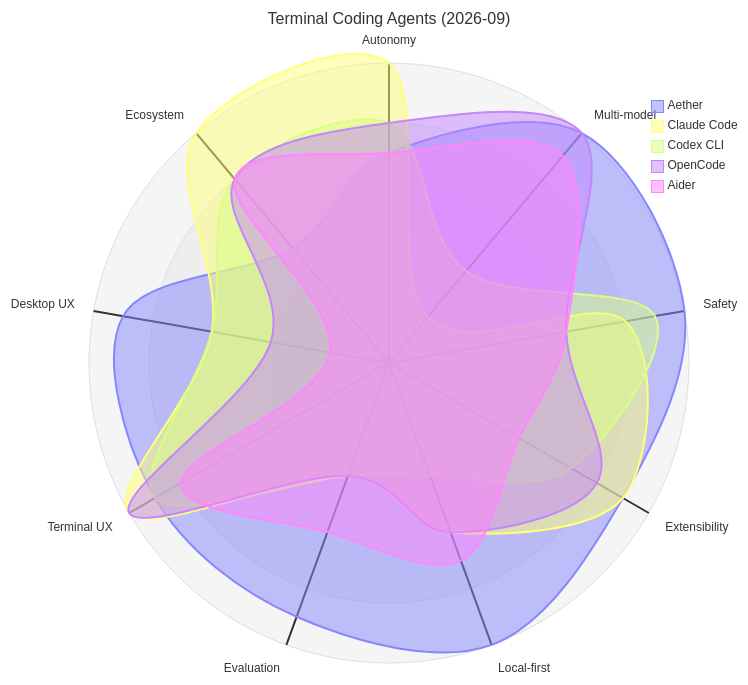
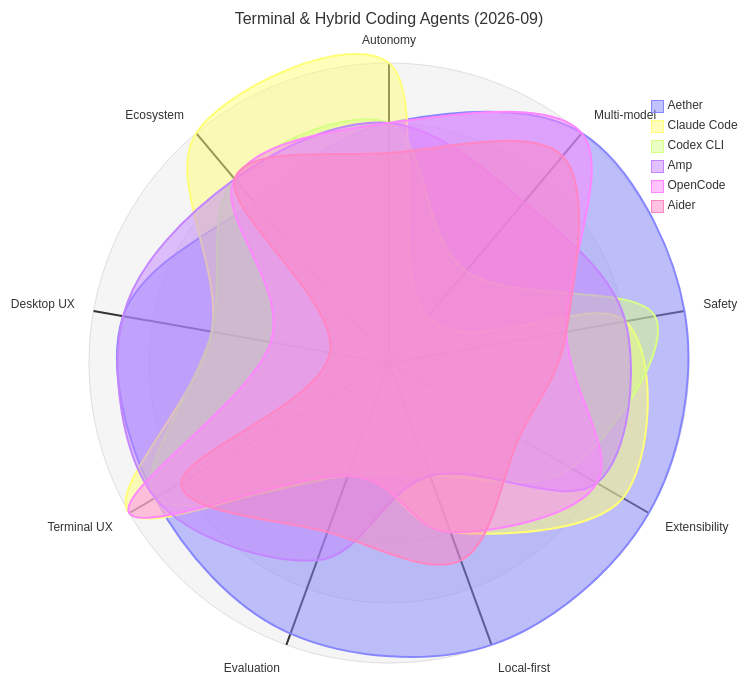
Before and after one commit to TQSY114514/Aether: the first of 3 diagrams in docs/competitive-analysis.md, drawn with Mermaid. The commit also changed other lines of this file and 30 other files, not shown here.

````diff
--- a/docs/competitive-analysis.md
+++ b/docs/competitive-analysis.md
@@ -59,12 +61,13 @@
 ```mermaid
 radar-beta
-  title Terminal Coding Agents (2026-09)
+  title Terminal & Hybrid Coding Agents (2026-09)
   axis aut["Autonomy"], mm["Multi-model"], saf["Safety"], ext["Extensibility"], loc["Local-first"], eva["Evaluation"], tux["Terminal UX"], dux["Desktop UX"], eco["Ecosystem"]
-  curve aether["Aether"]{3.5, 5.0, 5.0, 4.5, 5.0, 4.5, 4.5, 4.5, 2.5}
+  curve aether["Aether"]{4.0, 5.0, 5.0, 5.0, 5.0, 4.8, 4.5, 4.5, 3.5}
   curve claude["Claude Code"]{5.0, 1.0, 4.0, 4.5, 3.0, 2.0, 5.0, 3.0, 5.0}
   curve codex["Codex CLI"]{4.0, 2.0, 4.5, 3.5, 2.0, 2.0, 4.5, 3.0, 4.0}
+  curve amp["Amp"]{4.0, 3.5, 4.0, 4.0, 2.0, 3.5, 4.5, 4.5, 4.0}
   curve opencode["OpenCode"]{4.0, 5.0, 3.0, 4.0, 3.0, 2.0, 5.0, 2.0, 4.0}
   curve aider["Aider"]{3.5, 4.5, 3.0, 2.5, 3.5, 3.0, 4.0, 1.0, 4.0}
   max 5
   min 0
 ```
````
